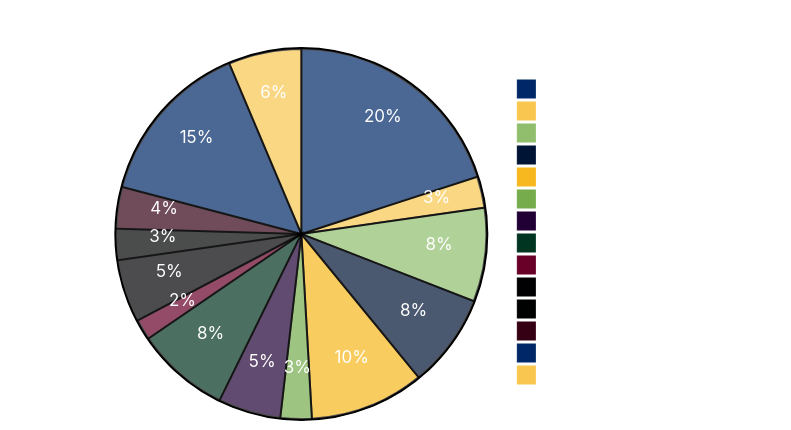
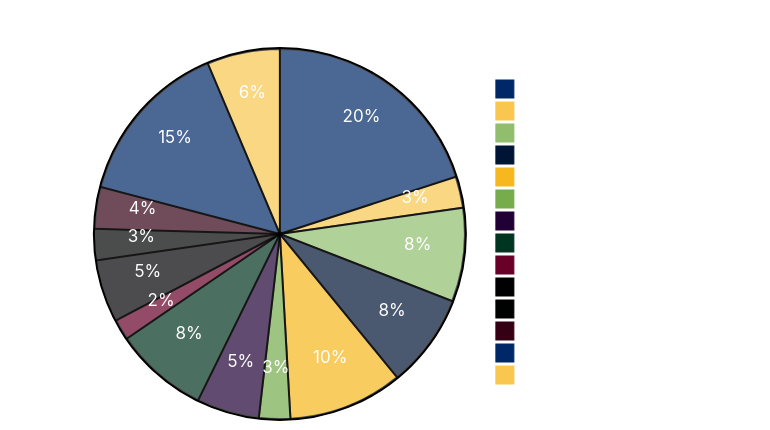
One commit to JeffreySanford/forge-board changed the seventh of 7 diagrams in forgeboard-frontend/src/assets/documentation/SMALL-BUSINESS-OPPORTUNITIES.md. Above: the diagram before and after it, drawn with Mermaid. The commit also changed other lines of this file and 64 other files, not shown here.

````diff
--- a/forgeboard-frontend/src/assets/documentation/SMALL-BUSINESS-OPPORTUNITIES.md
+++ b/forgeboard-frontend/src/assets/documentation/SMALL-BUSINESS-OPPORTUNITIES.md
@@ -497,18 +497,18 @@
 ```mermaid
 %%{init: { 'theme': 'base', 'themeVariables': { 'primaryColor': '#002868', 'primaryTextColor': '#fff', 'primaryBorderColor': '#071442', 'lineColor': '#BF0A30', 'secondaryColor': '#F9C74F', 'tertiaryColor': '#90BE6D' } } }%%
-pie title "ForgeBoard NX NIST 800-171 Control Coverage"
+pie title "ForgeBoard NIST 800-171 Control Coverage"
     "Access Control" : 22
     "Awareness & Training" : 3
     "Audit & Accountability" : 9
     "Configuration Management" : 9
     "Identification & Authentication" : 11
     "Incident Response" : 3
     "Maintenance" : 6
     "Media Protection" : 9
     "Personnel Security" : 2
     "Physical Protection" : 6
     "Risk Assessment" : 3
     "Security Assessment" : 4
     "System & Comm Protection" : 16
     "System & Info Integrity" : 7
 ```
````
